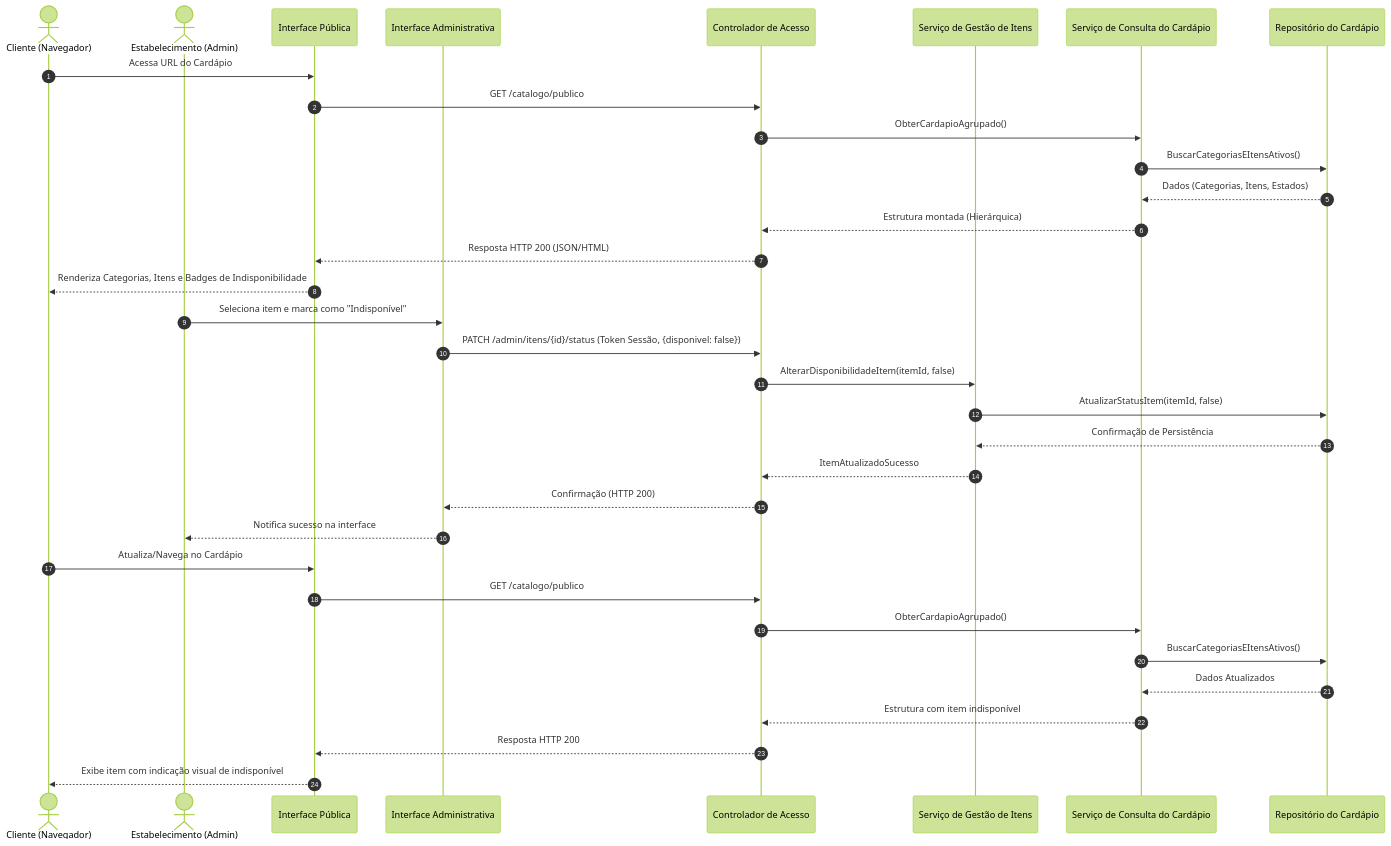
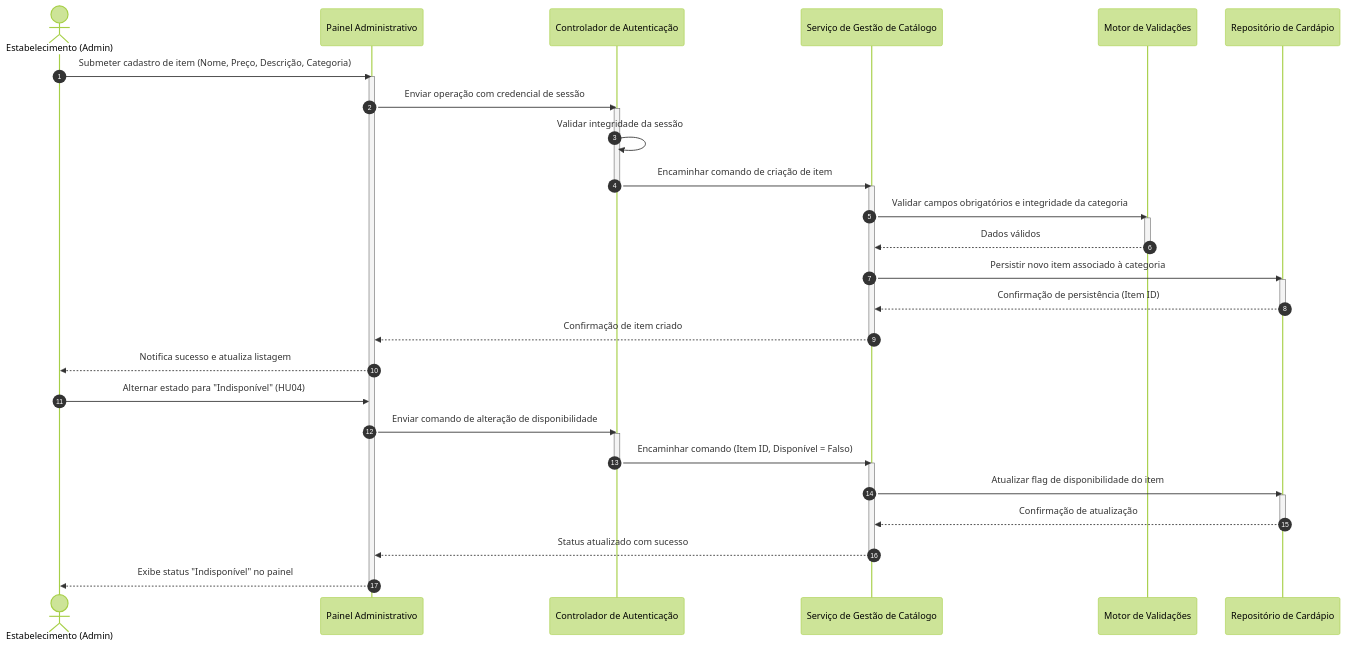
The third of 4 diagrams in docs/Time_2_Design/analise-qualitativa/outputs/relatorio_gemini_3_7_flash_P01.md (PDC-ESIA/AI4ES), drawn with Mermaid (forest theme) before and after one commit. The commit also changed other lines of this file and 107 other files, not shown here.

````diff
--- a/docs/Time_2_Design/analise-qualitativa/outputs/relatorio_gemini_3_7_flash_P01.md
+++ b/docs/Time_2_Design/analise-qualitativa/outputs/relatorio_gemini_3_7_flash_P01.md
@@ -65,42 +120,47 @@
 ```mermaid
 sequenceDiagram
     autonumber
-    actor Cliente as Cliente (Navegador)
     actor Admin as Estabelecimento (Admin)
-    participant UI_Pub as Interface Pública
-    participant UI_Adm as Interface Administrativa
-    participant Gateway as Controlador de Acesso
-    participant Srv_Gestao as Serviço de Gestão de Itens
-    participant Srv_Cat as Serviço de Consulta do Cardápio
-    participant Repo as Repositório do Cardápio
+    participant UIAdmin as Painel Administrativo
+    participant AuthGW as Controlador de Autenticação
+    participant ServicoCatalogo as Serviço de Gestão de Catálogo
+    participant Validador as Motor de Validações
+    participant Repositorio as Repositório de Cardápio
 
-    %% Fluxo de Acesso do Cliente
-    Cliente ->> UI_Pub: Acessa URL do Cardápio
-    UI_Pub ->> Gateway: GET /catalogo/publico
-    Gateway ->> Srv_Cat: ObterCardapioAgrupado()
-    Srv_Cat ->> Repo: BuscarCategoriasEItensAtivos()
-    Repo -->> Srv_Cat: Dados (Categorias, Itens, Estados)
-    Srv_Cat -->> Gateway: Estrutura montada (Hierárquica)
-    Gateway -->> UI_Pub: Resposta HTTP 200 (JSON/HTML)
-    UI_Pub -->> Cliente: Renderiza Categorias, Itens e Badges de Indisponibilidade
+    Admin->>UIAdmin: Submeter cadastro de item (Nome, Preço, Descrição, Categoria)
+    activate UIAdmin
+    UIAdmin->>AuthGW: Enviar operação com credencial de sessão
+    activate AuthGW
+    AuthGW->>AuthGW: Validar integridade da sessão
+    AuthGW->>ServicoCatalogo: Encaminhar comando de criação de item
+    activate ServicoCatalogo
+    deactivate AuthGW
 
-    %% Fluxo de Alteração de Estado pelo Admin
-    Admin ->> UI_Adm: Seleciona item e marca como "Indisponível"
-    UI_Adm ->> Gateway: PATCH /admin/itens/{id}/status (Token Sessão, {disponivel: false})
-    Gateway ->> Srv_Gestao: AlterarDisponibilidadeItem(itemId, false)
-    Srv_Gestao ->> Repo: AtualizarStatusItem(itemId, false)
-    Repo -->> Srv_Gestao: Confirmação de Persistência
-    Srv_Gestao -->> Gateway: ItemAtualizadoSucesso
-    Gateway -->> UI_Adm: Confirmação (HTTP 200)
-    UI_Adm -->> Admin: Notifica sucesso na interface
+    ServicoCatalogo->>Validador: Validar campos obrigatórios e integridade da categoria
+    activate Validador
+    Validador-->>ServicoCatalogo: Dados válidos
+    deactivate Validador
 
-    %% Nova consulta do cliente refletindo imediatamente
-    Cliente ->> UI_Pub: Atualiza/Navega no Cardápio
-    UI_Pub ->> Gateway: GET /catalogo/publico
-    Gateway ->> Srv_Cat: ObterCardapioAgrupado()
-    Srv_Cat ->> Repo: BuscarCategoriasEItensAtivos()
-    Repo -->> Srv_Cat: Dados Atualizados
-    Srv_Cat -->> Gateway: Estrutura com item indisponível
-    Gateway -->> UI_Pub: Resposta HTTP 200
-    UI_Pub -->> Cliente: Exibe item com indicação visual de indisponível
+    ServicoCatalogo->>Repositorio: Persistir novo item associado à categoria
+    activate Repositorio
+    Repositorio-->>ServicoCatalogo: Confirmação de persistência (Item ID)
+    deactivate Repositorio
+    ServicoCatalogo-->>UIAdmin: Confirmação de item criado
+    deactivate ServicoCatalogo
+    UIAdmin-->>Admin: Notifica sucesso e atualiza listagem
+
+    Admin->>UIAdmin: Alternar estado para "Indisponível" (HU04)
+    UIAdmin->>AuthGW: Enviar comando de alteração de disponibilidade
+    activate AuthGW
+    AuthGW->>ServicoCatalogo: Encaminhar comando (Item ID, Disponível = Falso)
+    activate ServicoCatalogo
+    deactivate AuthGW
+    ServicoCatalogo->>Repositorio: Atualizar flag de disponibilidade do item
+    activate Repositorio
+    Repositorio-->>ServicoCatalogo: Confirmação de atualização
+    deactivate Repositorio
+    ServicoCatalogo-->>UIAdmin: Status atualizado com sucesso
+    deactivate ServicoCatalogo
+    UIAdmin-->>Admin: Exibe status "Indisponível" no painel
+    deactivate UIAdmin
 ```
````
